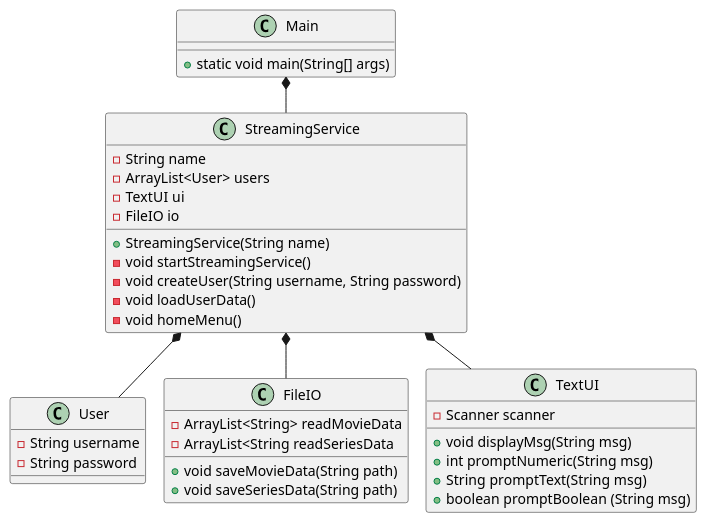
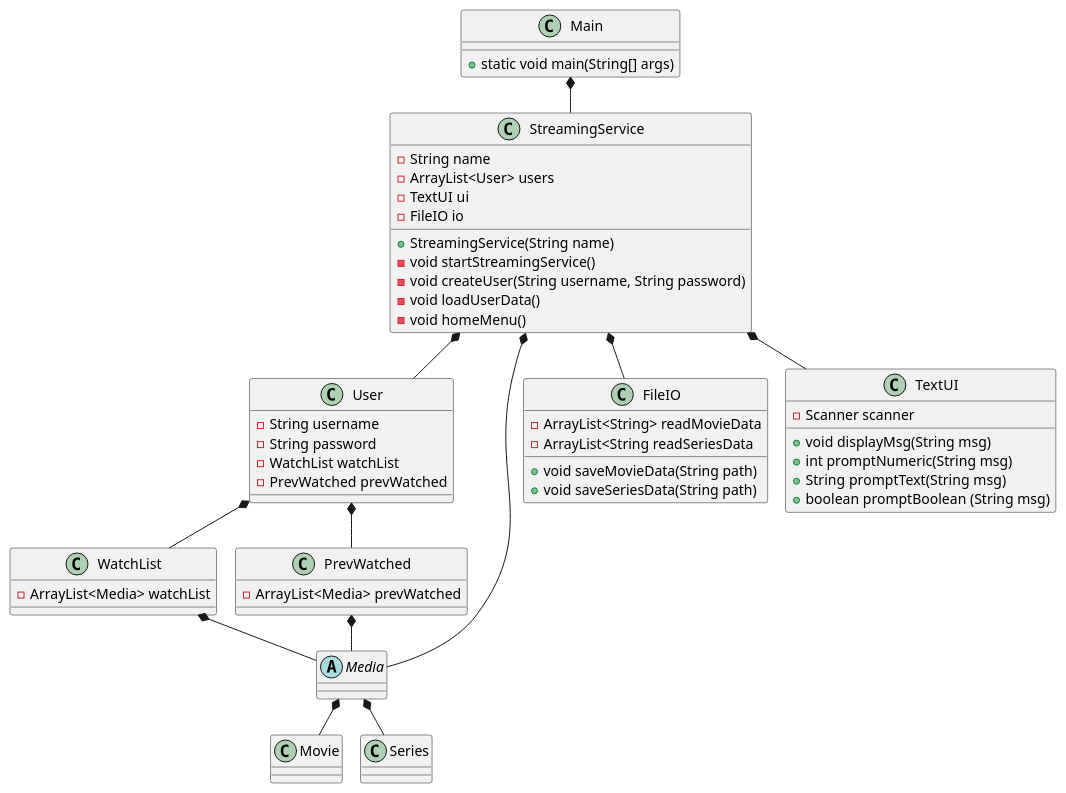
One commit to EmilDagsberg/SP3 changed the diagram in doc/classdiagram/classdiagram_v1.puml. Above: the diagram before and after it, drawn with PlantUML.

Commit message:
classdiagram

```diff
--- a/doc/classdiagram/classdiagram_v1.puml
+++ b/doc/classdiagram/classdiagram_v1.puml
@@ -1,50 +1,75 @@
 @startuml
 !pragma layout smetana
 
-!pragma layout smetana
 
 class Main {
 + static void main(String[] args)
 }
 
 class StreamingService{
 - String name
 - ArrayList<User> users
 - TextUI ui
 - FileIO io
 + StreamingService(String name)
 - void startStreamingService()
 - void createUser(String username, String password)
 - void loadUserData()
 - void homeMenu()
 }
 
 class User {
 - String username
 - String password
+- WatchList watchList
+- PrevWatched prevWatched
+
 }
 
+class WatchList{
+- ArrayList<Media> watchList
+}
 
+class PrevWatched{
+- ArrayList<Media> prevWatched
+}
 
+abstract class Media{
 
+}
+
+class Movie{
+
+}
+
+class Series{
+
+}
 
 class FileIO {
 - ArrayList<String> readMovieData
 - ArrayList<String readSeriesData
 + void saveMovieData(String path)
 + void saveSeriesData(String path)
 }
 
 class TextUI {
 - Scanner scanner
 + void displayMsg(String msg)
 + int promptNumeric(String msg)
 + String promptText(String msg)
 + boolean promptBoolean (String msg)
 }
 
 Main *-- StreamingService
 StreamingService *-- User
 StreamingService *-- FileIO
 StreamingService *-- TextUI
+User *-- WatchList
+User *-- PrevWatched
+Media *-- Movie
+Media *-- Series
+StreamingService *-- Media
+WatchList *-- Media
+PrevWatched *-- Media
 @enduml
```
